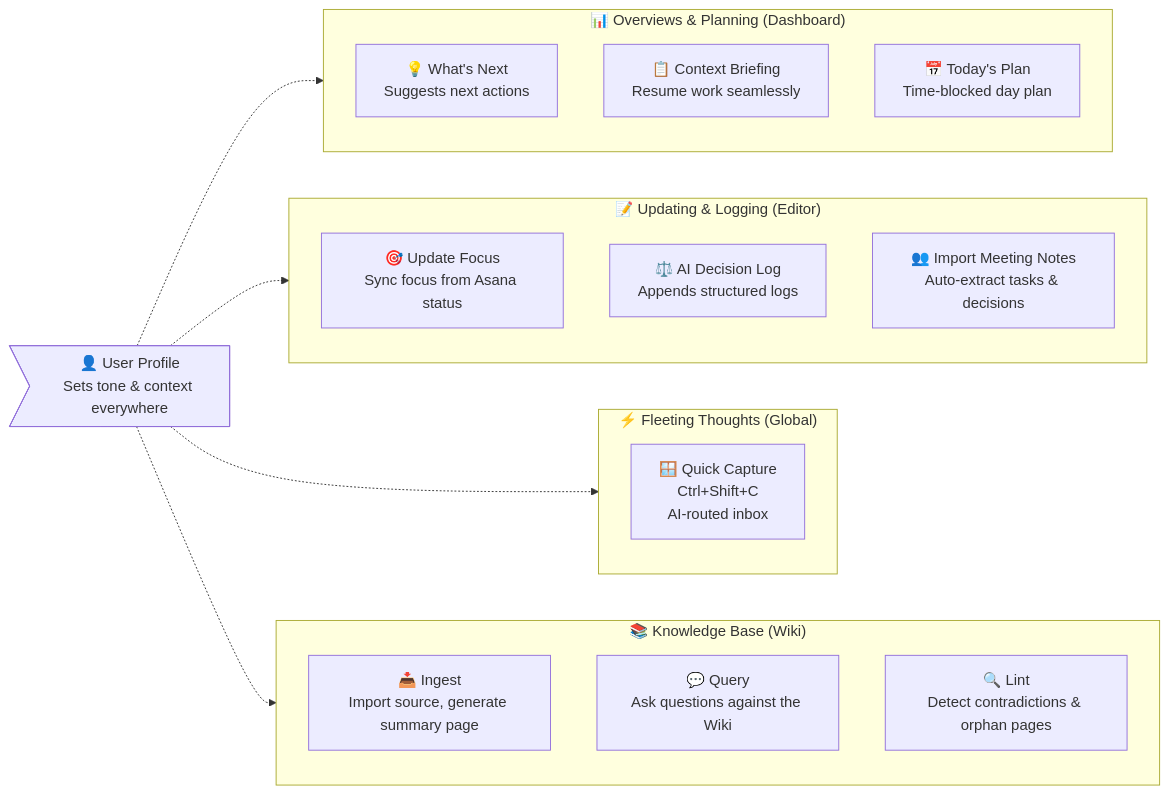
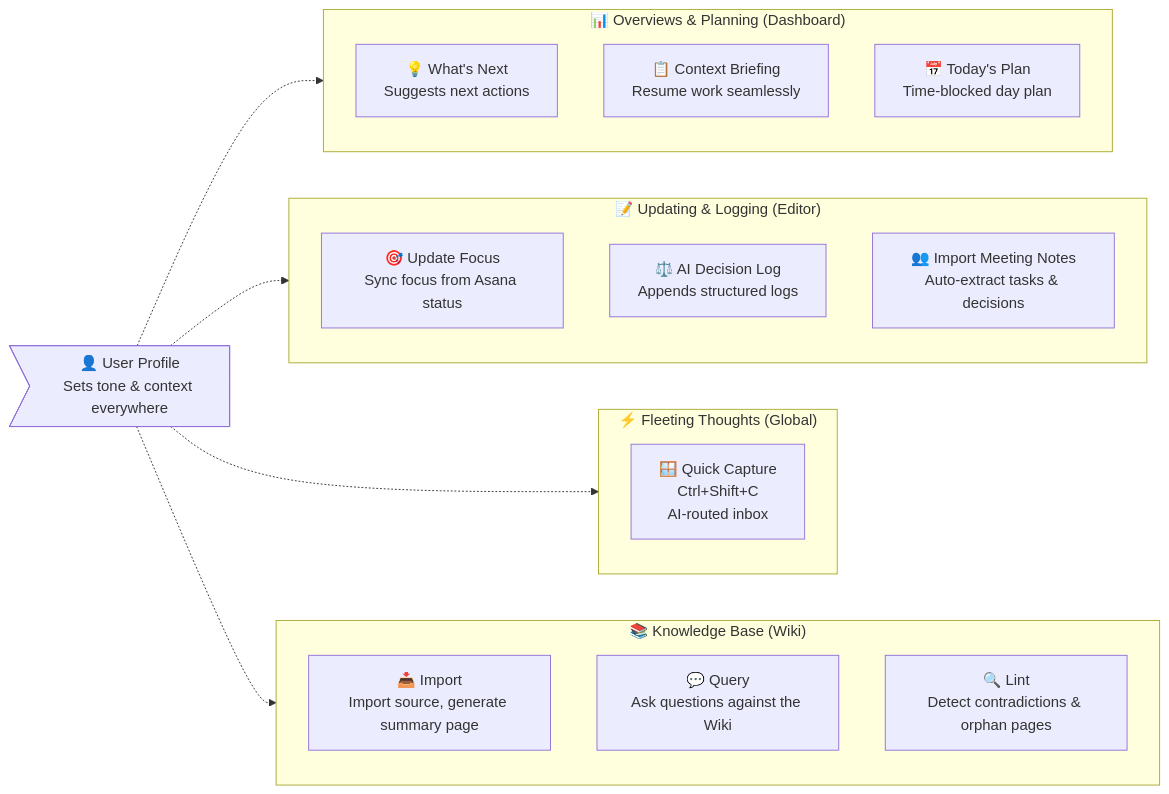
The first of 2 diagrams in docs/ai-features.md (yt3trees/ProjectCurator), drawn with Mermaid before and after one commit. The commit also changed other lines of this file and 4 other files, not shown here.

````diff
--- a/docs/ai-features.md
+++ b/docs/ai-features.md
@@ -11,37 +27,37 @@
 ```mermaid
 flowchart LR
     %% Base
     Profile>👤 User Profile<br>Sets tone & context everywhere]
 
     %% Categories
     subgraph Dashboard ["📊 Overviews & Planning (Dashboard)"]
         direction TB
         WN["💡 What's Next<br>Suggests next actions"]
         CB["📋 Context Briefing<br>Resume work seamlessly"]
         TP["📅 Today's Plan<br>Time-blocked day plan"]
     end
 
     subgraph Editor ["📝 Updating & Logging (Editor)"]
         direction TB
         UF["🎯 Update Focus<br>Sync focus from Asana status"]
         DL["⚖️ AI Decision Log<br>Appends structured logs"]
         IM["👥 Import Meeting Notes<br>Auto-extract tasks & decisions"]
     end
 
     subgraph Global ["⚡ Fleeting Thoughts (Global)"]
         direction TB
         QC["🪟 Quick Capture<br>Ctrl+Shift+C<br>AI-routed inbox"]
     end
 
     subgraph Wiki ["📚 Knowledge Base (Wiki)"]
         direction TB
-        WI["📥 Ingest<br>Import source, generate summary page"]
+        WI["📥 Import<br>Import source, generate summary page"]
         WQ["💬 Query<br>Ask questions against the Wiki"]
         WL["🔍 Lint<br>Detect contradictions & orphan pages"]
     end
 
     Profile -.-> Dashboard
     Profile -.-> Editor
     Profile -.-> Global
     Profile -.-> Wiki
 ```
````
